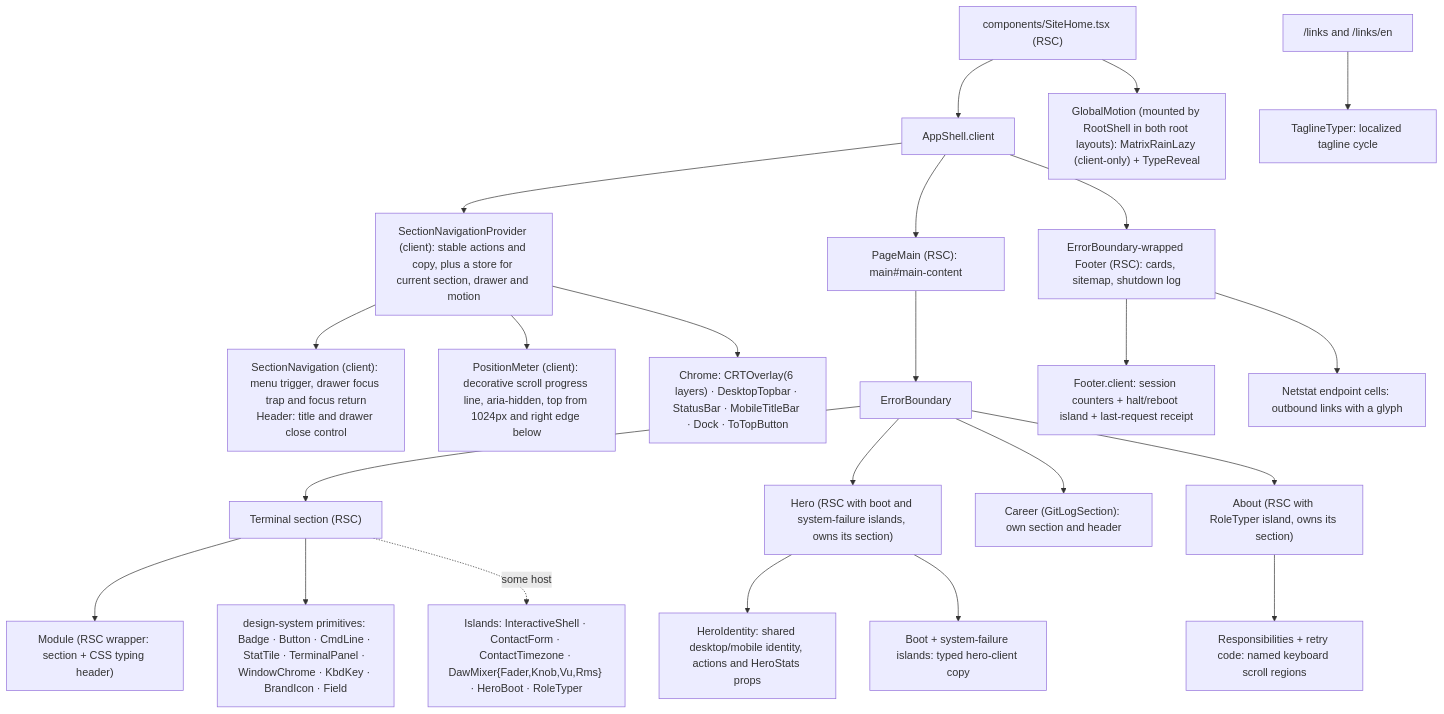
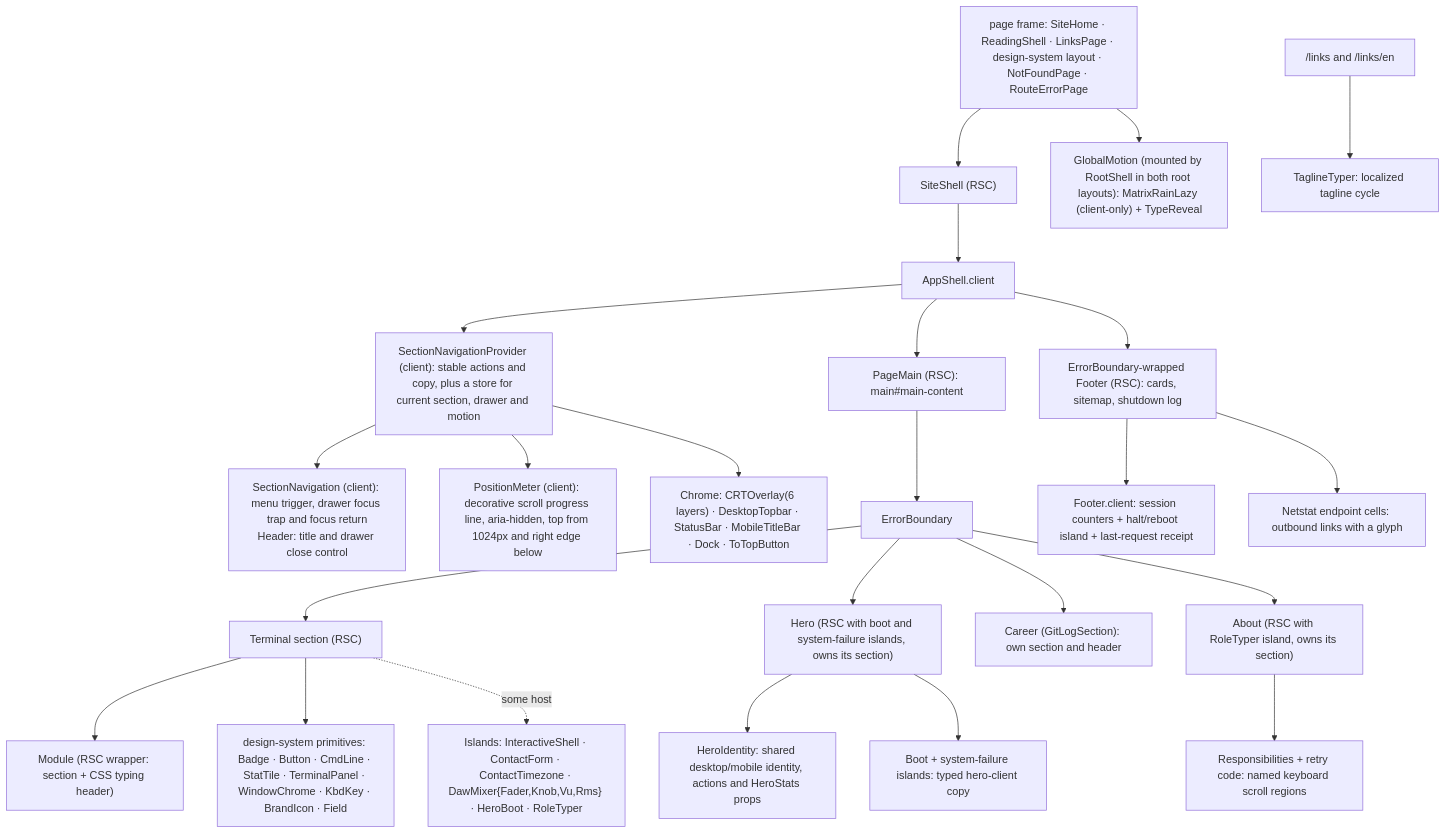
Before and after one commit to erikunha/portfolio: the first of 2 diagrams in docs/04-components-and-state.md, drawn with Mermaid. The commit also changed 35 other files, not shown here.

````diff
--- a/docs/04-components-and-state.md
+++ b/docs/04-components-and-state.md
@@ -32,25 +32,25 @@
 ```mermaid
 flowchart TD
-    page["components/SiteHome.tsx (RSC)"] --> shell["AppShell.client"]
+    page["page frame: SiteHome · ReadingShell · LinksPage · design-system layout · NotFoundPage · RouteErrorPage"] --> siteshell["SiteShell (RSC)"] --> shell["AppShell.client"]
     shell --> navigation["SectionNavigationProvider (client): stable actions and copy, plus a store for current section, drawer and motion"]
     navigation --> rail["SectionNavigation (client): menu trigger, drawer focus trap and focus return<br/>Header: title and drawer close control"]
     navigation --> position["PositionMeter (client): decorative scroll progress line, aria-hidden, top from 1024px and right edge below"]
     navigation --> chrome["Chrome: CRTOverlay(6 layers) · DesktopTopbar · StatusBar · MobileTitleBar · Dock · ToTopButton"]
     page --> gm["GlobalMotion (mounted by RootShell in both root layouts): MatrixRainLazy (client-only) + TypeReveal"]
     shell --> main["PageMain (RSC): main#main-content"]
     main --> eb["ErrorBoundary"]
     eb --> sec["Terminal section (RSC)"]
     sec --> mod["Module (RSC wrapper: section + CSS typing header)"]
     sec --> dsp["design-system primitives: Badge · Button · CmdLine · StatTile · TerminalPanel · WindowChrome · KbdKey · BrandIcon · Field"]
     sec -. some host .-> isl["Islands: InteractiveShell · ContactForm · ContactTimezone · DawMixer{Fader,Knob,Vu,Rms} · HeroBoot · RoleTyper"]
     eb --> hero["Hero (RSC with boot and system-failure islands, owns its section)"]
     hero --> identity["HeroIdentity: shared desktop/mobile identity, actions and HeroStats props"]
     hero --> clientcopy["Boot + system-failure islands: typed hero-client copy"]
     eb --> career["Career (GitLogSection): own section and header"]
     eb --> about["About (RSC with RoleTyper island, owns its section)"]
     about --> scroll["Responsibilities + retry code: named keyboard scroll regions"]
     shell --> fl["ErrorBoundary-wrapped Footer (RSC): cards, sitemap, shutdown log"]
     fl --> fi["Footer.client: session counters + halt/reboot island + last-request receipt"]
     fl --> fc["Netstat endpoint cells: outbound links with a glyph"]
     links["/links and /links/en"] --> tagline["TaglineTyper: localized tagline cycle"]
 ```
````
